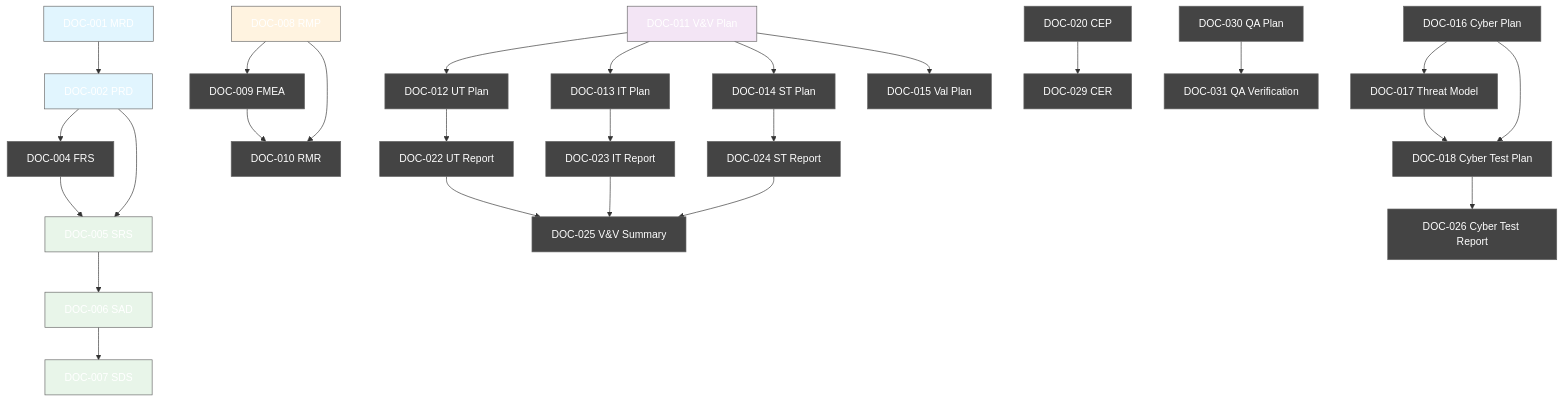
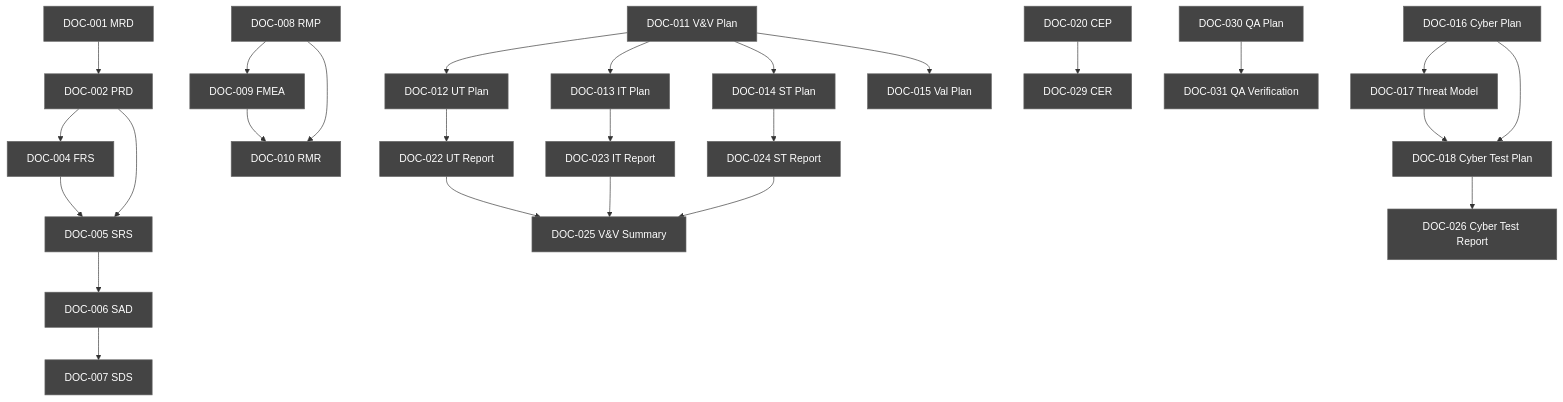
The second of 3 diagrams in docs/verification/CVR-002_Final_Cross_Verification_v1.0.md (holee9/console-gui), drawn with Mermaid before and after one commit. The commit also changed other lines of this file and 35 other files, not shown here.

First line of the commit message:
fix: 전체 Mermaid 차트 색상 진한 회색 통일

````diff
--- a/docs/verification/CVR-002_Final_Cross_Verification_v1.0.md
+++ b/docs/verification/CVR-002_Final_Cross_Verification_v1.0.md
@@ -159,42 +159,42 @@
 ```mermaid
 graph TD
     classDef default fill:#444,stroke:#666,color:#fff
     MRD[DOC-001 MRD] --> PRD[DOC-002 PRD]
     PRD --> FRS[DOC-004 FRS]
     PRD --> SRS[DOC-005 SRS]
     FRS --> SRS
     SRS --> SAD[DOC-006 SAD]
     SAD --> SDS[DOC-007 SDS]
     
     RMP[DOC-008 RMP] --> FMEA[DOC-009 FMEA]
     RMP --> RMR[DOC-010 RMR]
     FMEA --> RMR
     
     VVP[DOC-011 V&V Plan] --> UTP[DOC-012 UT Plan]
     VVP --> ITP[DOC-013 IT Plan]
     VVP --> STP[DOC-014 ST Plan]
     VVP --> VAL[DOC-015 Val Plan]
     
     UTP --> UTR[DOC-022 UT Report]
     ITP --> ITR[DOC-023 IT Report]
     STP --> STR[DOC-024 ST Report]
     UTR --> VVS[DOC-025 V&V Summary]
     ITR --> VVS
     STR --> VVS
     
     CYP[DOC-016 Cyber Plan] --> THR[DOC-017 Threat Model]
     CYP --> CTP[DOC-018 Cyber Test Plan]
     THR --> CTP
     CTP --> CTR[DOC-026 Cyber Test Report]
     
     CEP[DOC-020 CEP] --> CER[DOC-029 CER]
     QAP[DOC-030 QA Plan] --> QAV[DOC-031 QA Verification]
     
-    style MRD fill:#e1f5fe
-    style PRD fill:#e1f5fe
-    style SRS fill:#e8f5e9
-    style SAD fill:#e8f5e9
-    style SDS fill:#e8f5e9
-    style RMP fill:#fff3e0
-    style VVP fill:#f3e5f5
+    style MRD fill:#444
+    style PRD fill:#444
+    style SRS fill:#444
+    style SAD fill:#444
+    style SDS fill:#444
+    style RMP fill:#444
+    style VVP fill:#444
 ```
````
